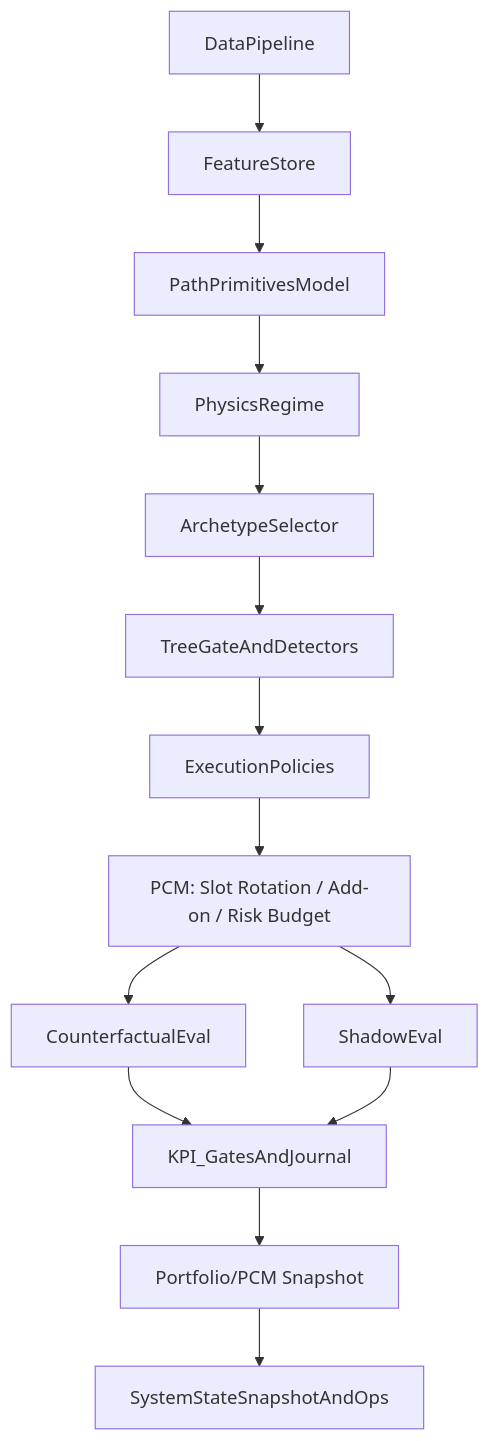
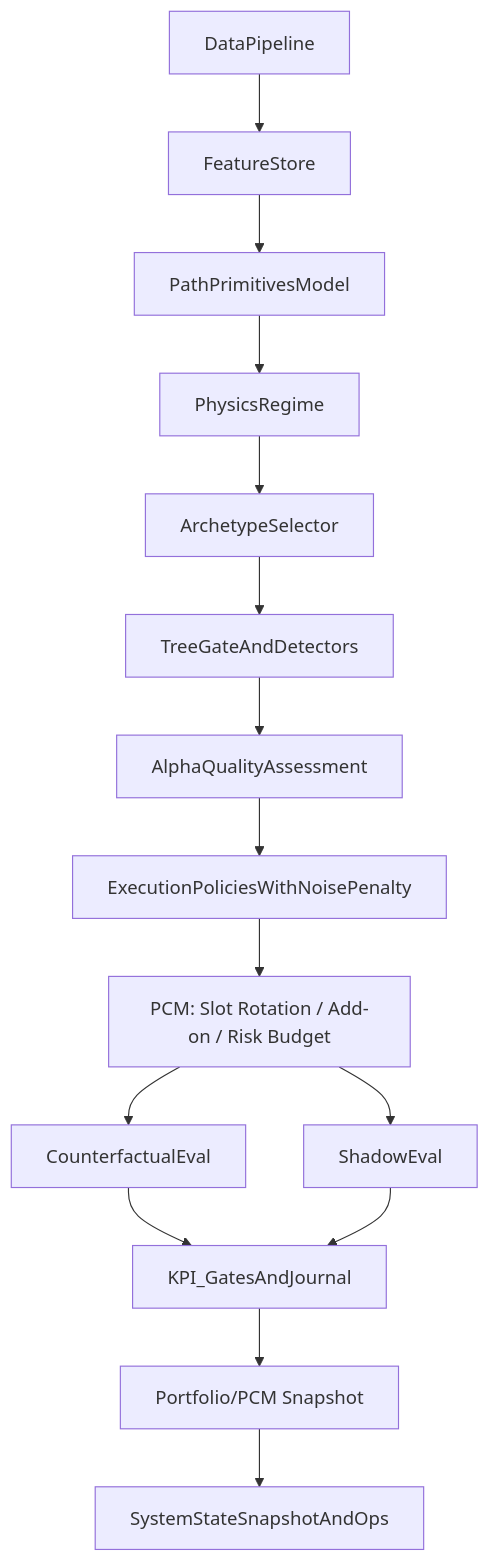
One commit to SnYang096/ml-trading-bot changed the second of 3 diagrams in docs/ARCHITECTURE.md. Above: the diagram before and after it, drawn with Mermaid. The commit also changed other lines of this file and 37 other files, not shown here.

````diff
--- a/docs/ARCHITECTURE.md
+++ b/docs/ARCHITECTURE.md
@@ -276,16 +301,17 @@
 ```mermaid
 flowchart TD
   Data[DataPipeline] --> FS[FeatureStore]
   FS --> Model[PathPrimitivesModel]
   Model --> Regime[PhysicsRegime]
   Regime --> Archetype[ArchetypeSelector]
   Archetype --> Gate[TreeGateAndDetectors]
-  Gate --> Exec[ExecutionPolicies]
+  Gate --> Evidence[AlphaQualityAssessment]
+  Evidence --> Exec[ExecutionPoliciesWithNoisePenalty]
   Exec --> PCM[PCM: Slot Rotation / Add-on / Risk Budget]
   PCM --> CF[CounterfactualEval]
   PCM --> Shadow[ShadowEval]
   CF --> KPI[KPI_GatesAndJournal]
   Shadow --> KPI
   KPI --> PCM2[Portfolio/PCM Snapshot]
   PCM2 --> Ops[SystemStateSnapshotAndOps]
 ```
````
